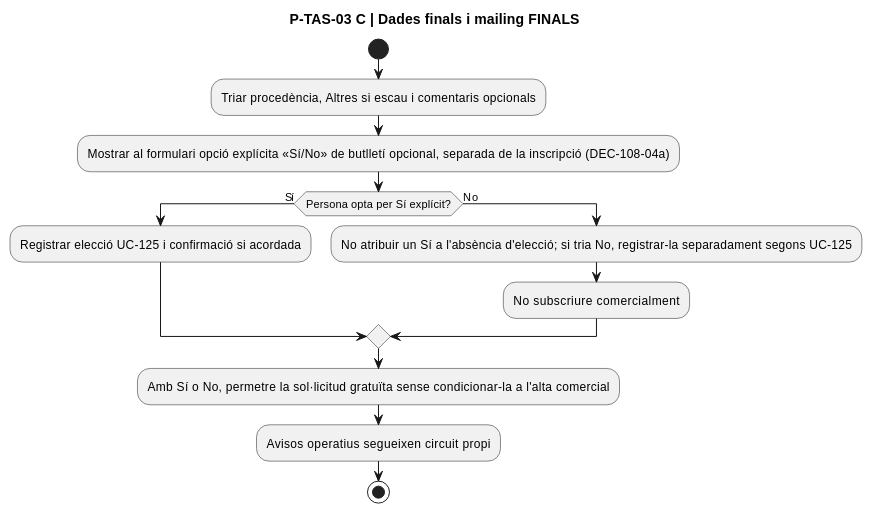
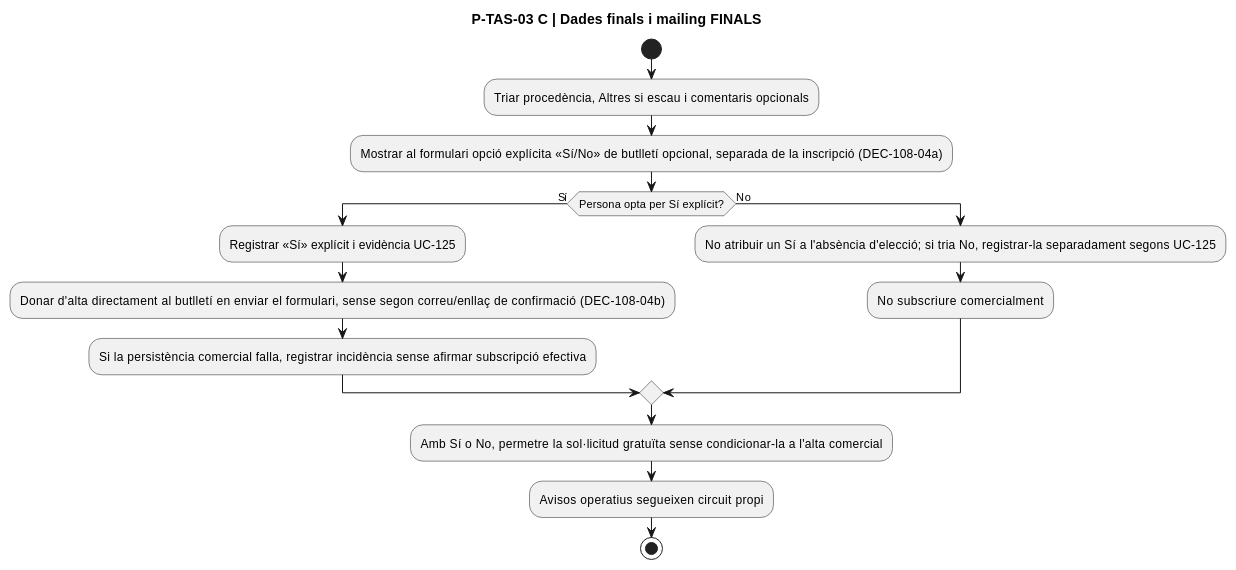
Diagram 22 of 32 in documentacio/07-uml-integrat/uc-108-activitats-pagines-tastets-actual-final.md (orgmeriemprismacat-del/verifactu), drawn with PlantUML before and after one commit. The commit also changed other lines of this file, not shown here.

Commit message:
docs(uml): UC-108 explicit yes activates newsletter directly without second email

````diff
--- a/documentacio/07-uml-integrat/uc-108-activitats-pagines-tastets-actual-final.md
+++ b/documentacio/07-uml-integrat/uc-108-activitats-pagines-tastets-actual-final.md
@@ -523,17 +523,19 @@
 ```plantuml
 @startuml
 title P-TAS-03 C | Dades finals i mailing FINALS
 start
 :Triar procedència, Altres si escau i comentaris opcionals;
 :Mostrar al formulari opció explícita «Sí/No» de butlletí opcional, separada de la inscripció (DEC-108-04a);
 if (Persona opta per Sí explícit?) then (Sí)
-  :Registrar elecció UC-125 i confirmació si acordada;
+  :Registrar «Sí» explícit i evidència UC-125;
+  :Donar d'alta directament al butlletí en enviar el formulari, sense segon correu/enllaç de confirmació (DEC-108-04b);
+  :Si la persistència comercial falla, registrar incidència sense afirmar subscripció efectiva;
 else (No)
   :No atribuir un Sí a l'absència d'elecció; si tria No, registrar-la separadament segons UC-125;
   :No subscriure comercialment;
 endif
 :Amb Sí o No, permetre la sol·licitud gratuïta sense condicionar-la a l'alta comercial;
 :Avisos operatius segueixen circuit propi;
 stop
 @enduml
 ```
````
